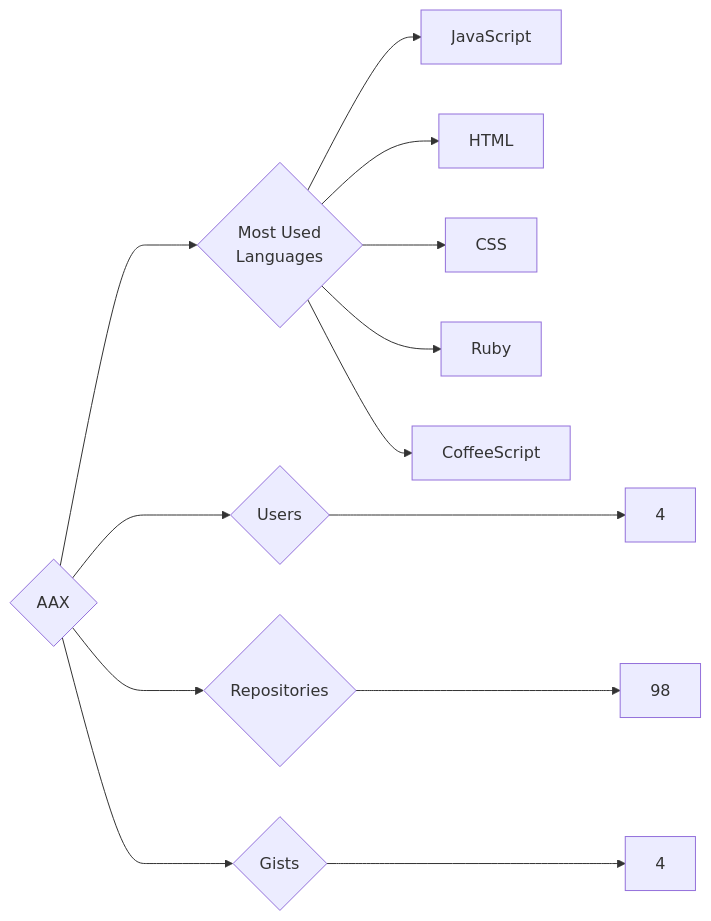
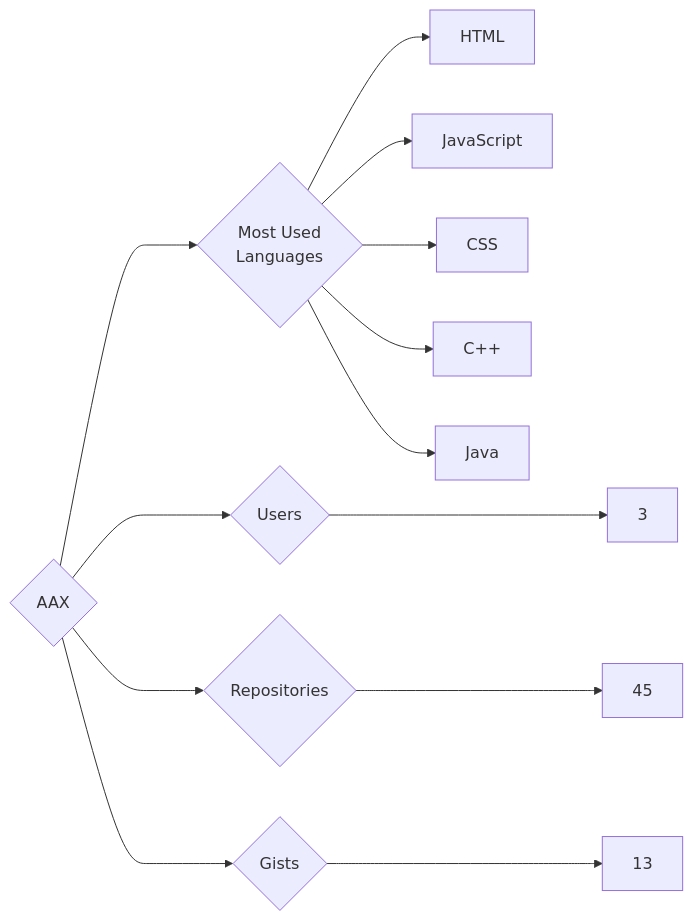
The diagram in targets/AAX/README.md (trickest/insiders), drawn with Mermaid before and after one commit. The commit also changed 993 other files, not shown here.

````diff
--- a/targets/AAX/README.md
+++ b/targets/AAX/README.md
@@ -3,13 +3,13 @@
 ```mermaid
 graph LR
 COMPANY_NAME{AAX}
-COMPANY_NAME ---> U{Users} ---> UN[4]
-COMPANY_NAME ---> R{Repositories} ---> RN[98]
-COMPANY_NAME ---> G{Gists} ---> GN[4]
+COMPANY_NAME ---> U{Users} ---> UN[3]
+COMPANY_NAME ---> R{Repositories} ---> RN[45]
+COMPANY_NAME ---> G{Gists} ---> GN[13]
 COMPANY_NAME ---> ML{Most Used<br>Languages}
+ML --> HTML[HTML]
 ML --> JavaScript[JavaScript]
-ML --> HTML[HTML]
 ML --> CSS[CSS]
-ML --> Ruby[Ruby]
-ML --> CoffeeScript[CoffeeScript]
+ML --> C++[C++]
+ML --> Java[Java]
 ```
````
